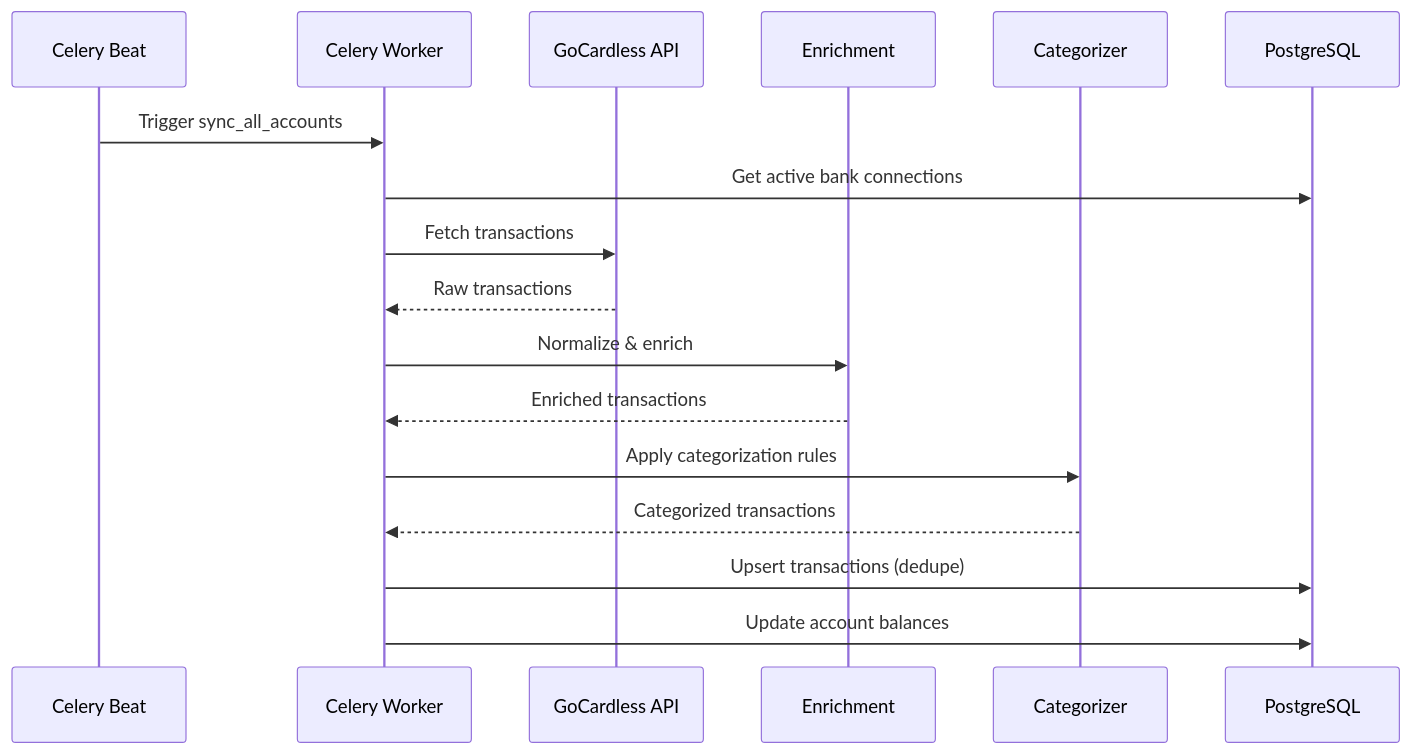
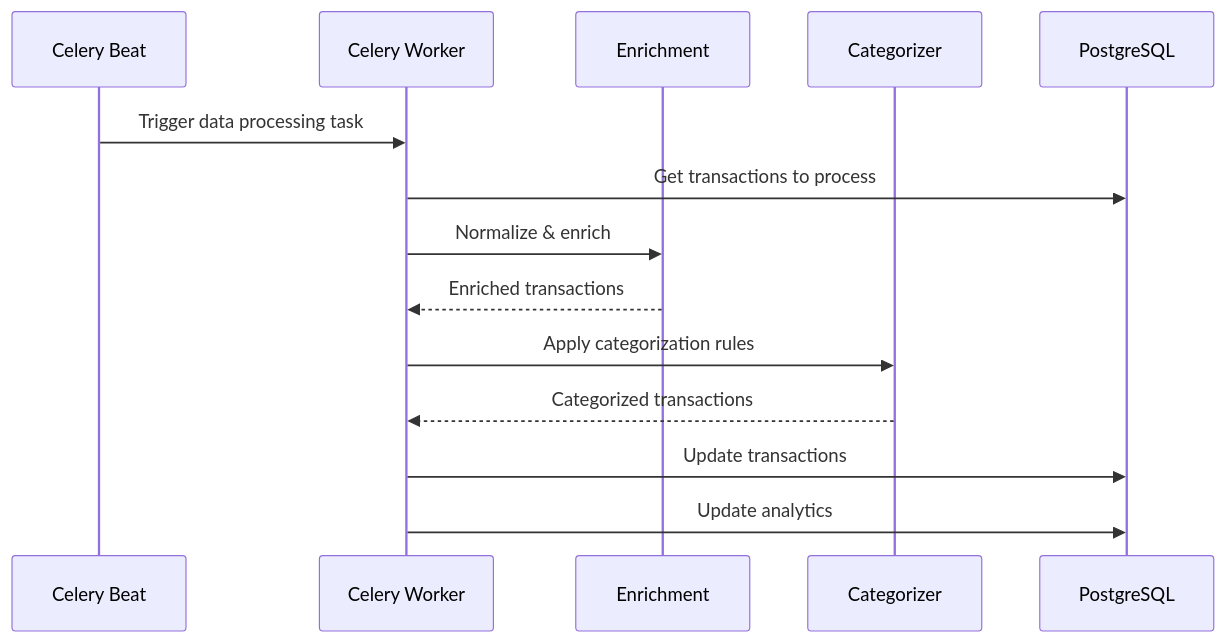
Before and after one commit to syllogic-ai/syllogic: the second of 6 diagrams in docs/architecture.md, drawn with Mermaid. The commit also changed other lines of this file and 1 other file, not shown here.

````diff
--- a/docs/architecture.md
+++ b/docs/architecture.md
@@ -509,20 +486,17 @@
 ```mermaid
 sequenceDiagram
     participant Cron as Celery Beat
     participant Worker as Celery Worker
-    participant GC as GoCardless API
     participant Enrich as Enrichment
     participant Cat as Categorizer
     participant DB as PostgreSQL
 
-    Cron->>Worker: Trigger sync_all_accounts
-    Worker->>DB: Get active bank connections
-    Worker->>GC: Fetch transactions
-    GC-->>Worker: Raw transactions
+    Cron->>Worker: Trigger data processing task
+    Worker->>DB: Get transactions to process
     Worker->>Enrich: Normalize & enrich
     Enrich-->>Worker: Enriched transactions
     Worker->>Cat: Apply categorization rules
     Cat-->>Worker: Categorized transactions
-    Worker->>DB: Upsert transactions (dedupe)
-    Worker->>DB: Update account balances
+    Worker->>DB: Update transactions
+    Worker->>DB: Update analytics
 ```
````
